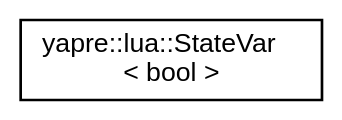
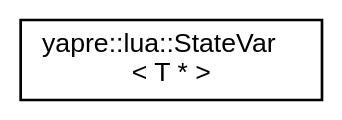
One commit to yapre-run/doc changed the diagram in docs/inherit_graph_17.dot. Above: the diagram before and after it, drawn with Graphviz. The commit also changed 298 other files, not shown here.

```diff
--- a/docs/inherit_graph_17.dot
+++ b/docs/inherit_graph_17.dot
@@ -1,9 +1,9 @@
 digraph "Graphical Class Hierarchy"
 {
  // LATEX_PDF_SIZE
   bgcolor="transparent";
   edge [fontname="Helvetica",fontsize="10",labelfontname="Helvetica",labelfontsize="10"];
   node [fontname="Helvetica",fontsize="10",shape=record];
   rankdir="LR";
-  Node0 [label="yapre::lua::StateVar\l\< bool \>",height=0.2,width=0.4,color="black",URL="$structyapre_1_1lua_1_1_state_var_3_01bool_01_4.html",tooltip=" "];
+  Node0 [label="yapre::lua::StateVar\l\< T * \>",height=0.2,width=0.4,color="black",URL="$structyapre_1_1lua_1_1_state_var_3_01_t_01_5_01_4.html",tooltip=" "];
 }
```
